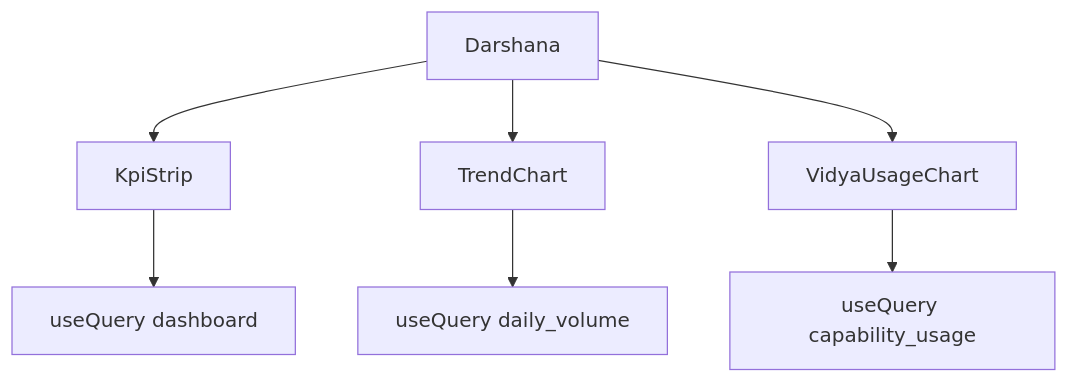
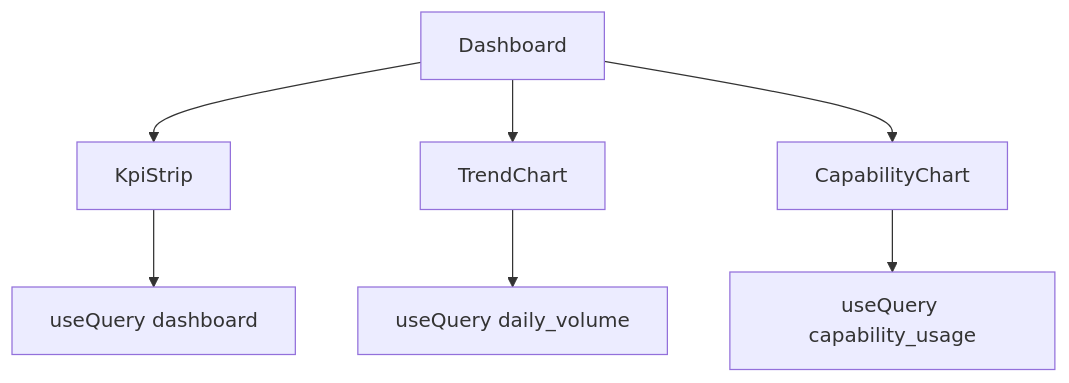
The fourth of 8 diagrams in documentation/src/04-Frontend-Architecture.md (so-weak/Aakaar), drawn with Mermaid before and after one commit. The commit also changed other lines of this file and 23 other files, not shown here.

````diff
--- a/documentation/src/04-Frontend-Architecture.md
+++ b/documentation/src/04-Frontend-Architecture.md
@@ -120,9 +123,9 @@
 ```mermaid
 flowchart TD
-  D["Darshana"] --> C1["KpiStrip"]
+  D["Dashboard"] --> C1["KpiStrip"]
   D --> C2["TrendChart"]
-  D --> C3["VidyaUsageChart"]
+  D --> C3["CapabilityChart"]
   C1 --> Q1["useQuery dashboard"]
   C2 --> Q2["useQuery daily_volume"]
   C3 --> Q3["useQuery capability_usage"]
 ```
````
